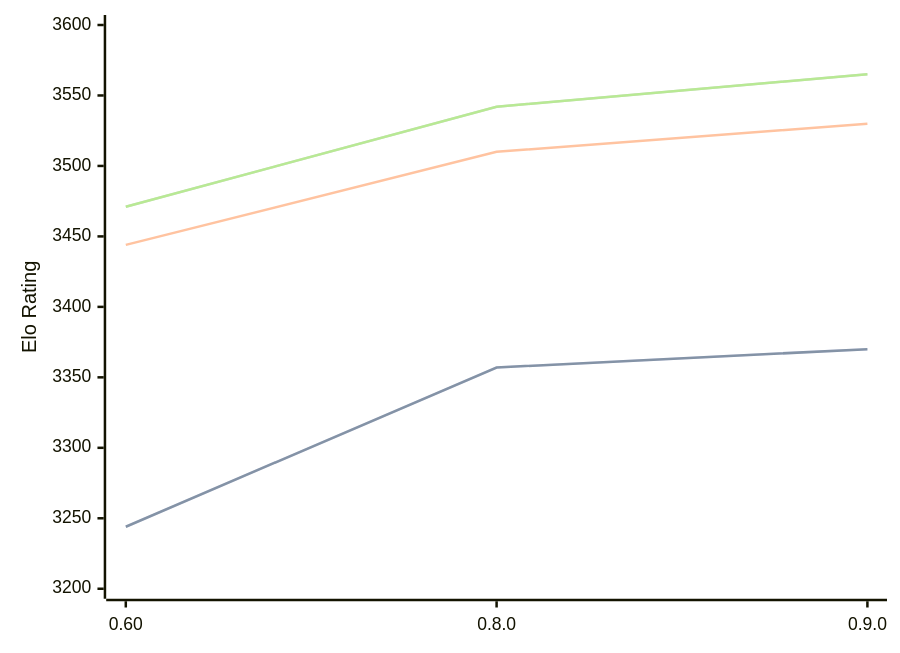
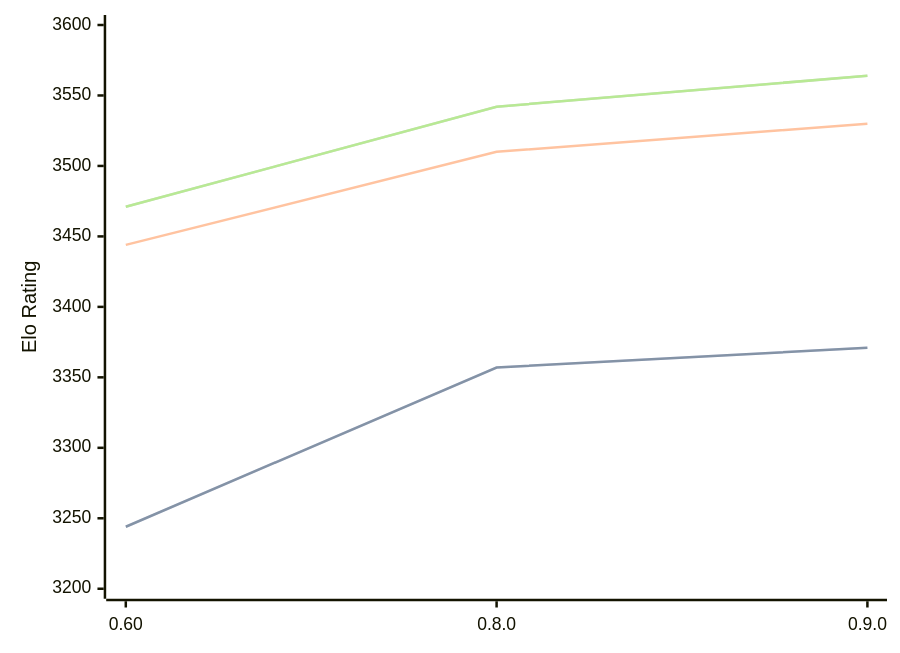
Before and after one commit to computer-chess-index/cci: the diagram in engines/Motor.md, drawn with Mermaid. The commit also changed other lines of this file, not shown here.

Commit message:
Update CCI Ratings (ELO VLTC) - 2026-04-16

````diff
--- a/engines/Motor.md
+++ b/engines/Motor.md
@@ -39,11 +39,11 @@
 ```mermaid
 %%{init: {"theme":"base","themeVariables":{"seriesColors:['#a3a3a3','#222221','#faa371']}}}%%
 xychart-beta
   x-axis ["0.60", "0.8.0", "0.9.0"]
   y-axis "Elo Rating" 3200 --> 3600
-  line "STC (8.0+0.08s)" [3244, 3357, 3370]
-  line "STC (8.0+0.08s)" [3244, 3357, 3370]
+  line "STC (8.0+0.08s)" [3244, 3357, 3371]
+  line "STC (8.0+0.08s)" [3244, 3357, 3371]
   line "LTC (60.0+0.60s)" [3444, 3510, 3530]
-  line "VLTC (2m24s+1.12s)" [3471, 3542, 3565]
-  line "VLTC (2m24s+1.12s)" [3471, 3542, 3565]
+  line "VLTC (2m24s+1.12s)" [3471, 3542, 3564]
+  line "VLTC (2m24s+1.12s)" [3471, 3542, 3564]
 ```
````
